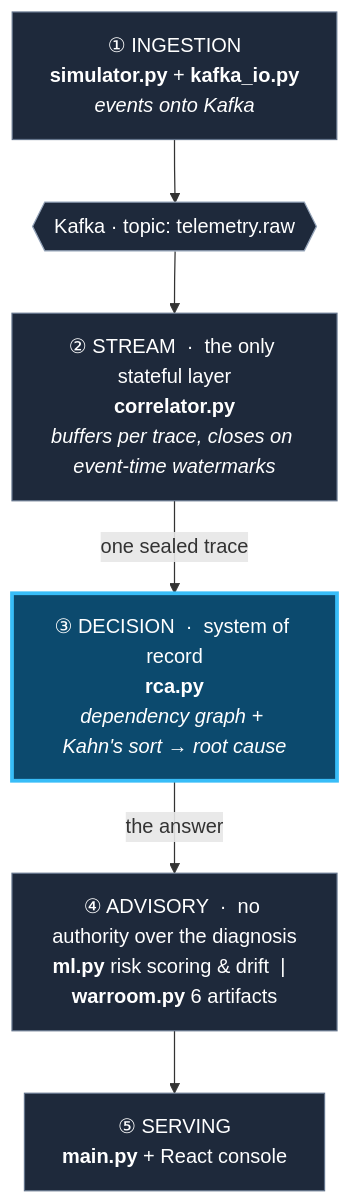
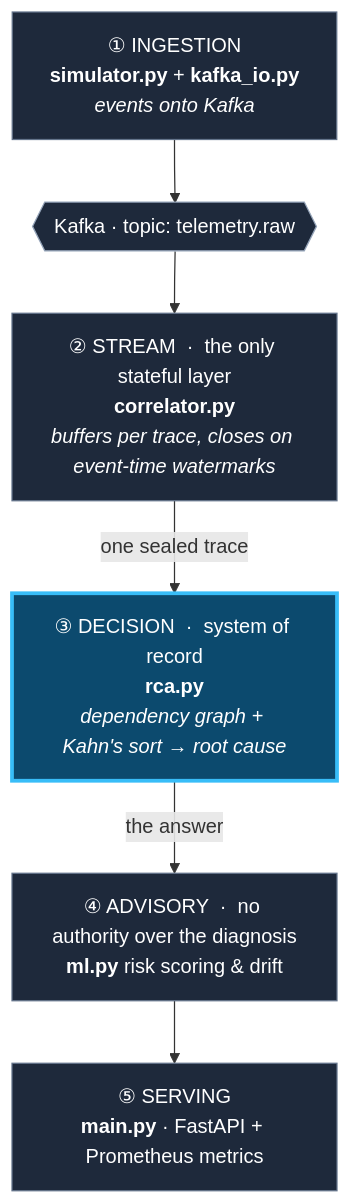
The second of 2 diagrams in README.md (AshrafAhmed9/aegis-observability), drawn with Mermaid before and after one commit. The commit also changed other lines of this file and 24 other files, not shown here.

````diff
--- a/README.md
+++ b/README.md
@@ -77,21 +73,21 @@
 ```mermaid
 flowchart TD
     ING["① INGESTION<br/><b>simulator.py</b> + <b>kafka_io.py</b><br/><i>events onto Kafka</i>"]
     KAFKA{{"Kafka · topic: telemetry.raw"}}
     STR["② STREAM &nbsp;·&nbsp; the only stateful layer<br/><b>correlator.py</b><br/><i>buffers per trace, closes on event-time watermarks</i>"]
     DEC["③ DECISION &nbsp;·&nbsp; system of record<br/><b>rca.py</b><br/><i>dependency graph + Kahn's sort → root cause</i>"]
-    ADV["④ ADVISORY &nbsp;·&nbsp; no authority over the diagnosis<br/><b>ml.py</b> risk scoring &amp; drift &nbsp;|&nbsp; <b>warroom.py</b> 6 artifacts"]
-    SRV["⑤ SERVING<br/><b>main.py</b> + React console"]
+    ADV["④ ADVISORY &nbsp;·&nbsp; no authority over the diagnosis<br/><b>ml.py</b> risk scoring &amp; drift"]
+    SRV["⑤ SERVING<br/><b>main.py</b> · FastAPI + Prometheus metrics"]
 
     ING --> KAFKA --> STR
     STR -->|one sealed trace| DEC
     DEC -->|the answer| ADV
     ADV --> SRV
 
     style DEC fill:#0c4a6e,stroke:#38bdf8,stroke-width:3px,color:#fff
     style KAFKA fill:#1e293b,stroke:#94a3b8,color:#fff
     style ING fill:#1e293b,stroke:#64748b,color:#fff
     style STR fill:#1e293b,stroke:#64748b,color:#fff
     style ADV fill:#1e293b,stroke:#64748b,color:#fff
     style SRV fill:#1e293b,stroke:#64748b,color:#fff
 ```
````
